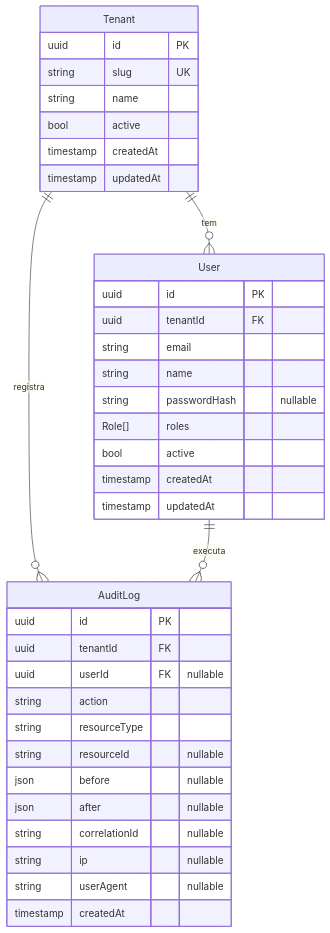
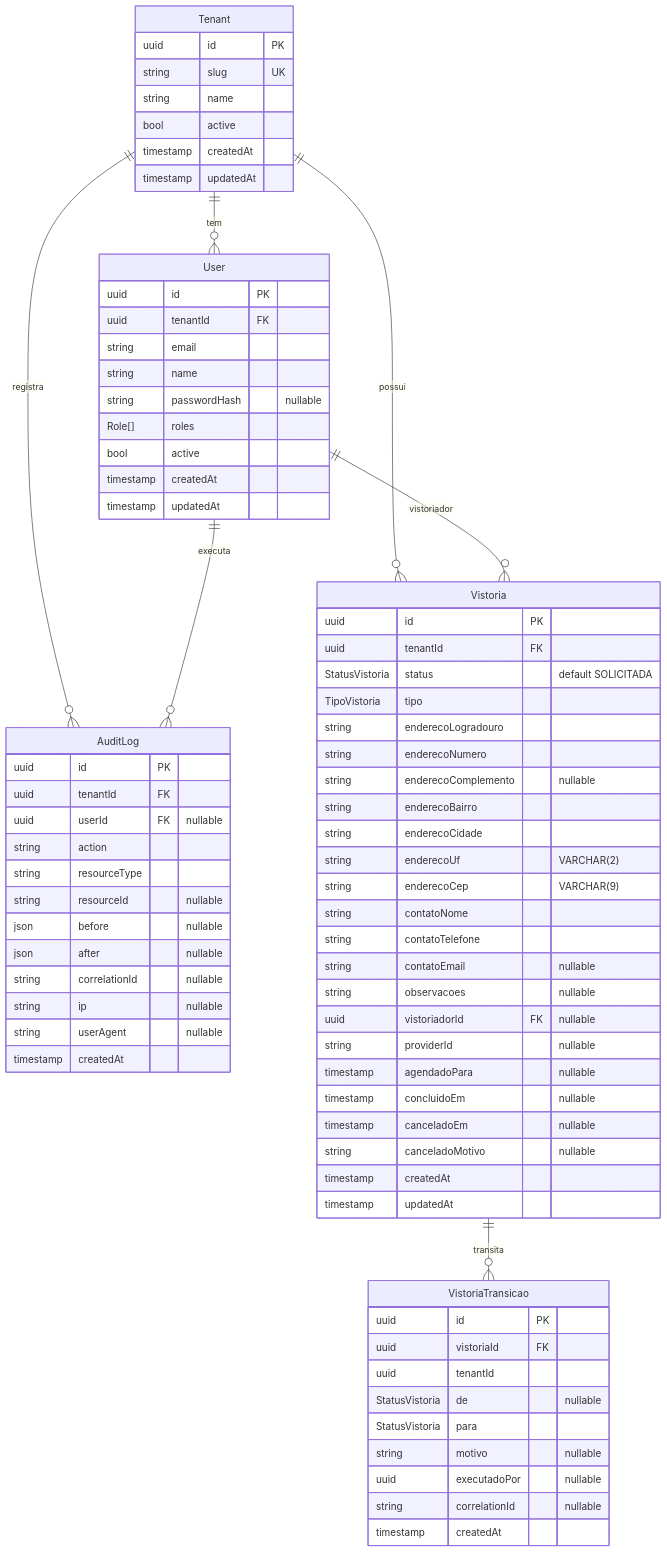
Before and after one commit to csantosrss/VistoriaPlatform: the diagram in docs/architecture/erd.md, drawn with Mermaid. The commit also changed other lines of this file and 33 other files, not shown here.

````diff
--- a/docs/architecture/erd.md
+++ b/docs/architecture/erd.md
@@ -8,7 +11,10 @@
 erDiagram
     Tenant ||--o{ User : "tem"
     Tenant ||--o{ AuditLog : "registra"
+    Tenant ||--o{ Vistoria : "possui"
     User   ||--o{ AuditLog : "executa"
+    User   ||--o{ Vistoria : "vistoriador"
+    Vistoria ||--o{ VistoriaTransicao : "transita"
 
     Tenant {
         uuid id PK
@@ -45,4 +51,42 @@
         string userAgent "nullable"
         timestamp createdAt
     }
+
+    Vistoria {
+        uuid id PK
+        uuid tenantId FK
+        StatusVistoria status "default SOLICITADA"
+        TipoVistoria tipo
+        string enderecoLogradouro
+        string enderecoNumero
+        string enderecoComplemento "nullable"
+        string enderecoBairro
+        string enderecoCidade
+        string enderecoUf "VARCHAR(2)"
+        string enderecoCep "VARCHAR(9)"
+        string contatoNome
+        string contatoTelefone
+        string contatoEmail "nullable"
+        string observacoes "nullable"
+        uuid vistoriadorId FK "nullable"
+        string providerId "nullable"
+        timestamp agendadoPara "nullable"
+        timestamp concluidoEm "nullable"
+        timestamp canceladoEm "nullable"
+        string canceladoMotivo "nullable"
+        timestamp createdAt
+        timestamp updatedAt
+    }
+
+    VistoriaTransicao {
+        uuid id PK
+        uuid vistoriaId FK
+        uuid tenantId
+        StatusVistoria de "nullable"
+        StatusVistoria para
+        string motivo "nullable"
+        uuid executadoPor "nullable"
+        string correlationId "nullable"
+        timestamp createdAt
+    }
 ```
````
